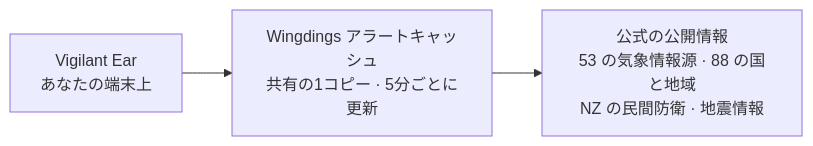
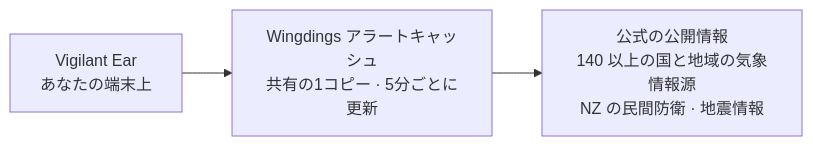
The fourth of 4 diagrams in README_ja.md (rpalm01-star/VigilantEarLegal), drawn with Mermaid before and after one commit. The commit also changed other lines of this file and 59 other files, not shown here.

````diff
--- a/README_ja.md
+++ b/README_ja.md
@@ -182,5 +182,5 @@
 ```mermaid
 graph LR
     P1["Vigilant Ear<br/>あなたの端末上"] --> W["Wingdings アラートキャッシュ<br/>共有の1コピー · 5分ごとに更新"]
-    W --> N["公式の公開情報<br/>53 の気象情報源 · 88 の国と地域<br/>NZ の民間防衛 · 地震情報"]
+    W --> N["公式の公開情報<br/>140 以上の国と地域の気象情報源<br/>NZ の民間防衛 · 地震情報"]
 ```
````
